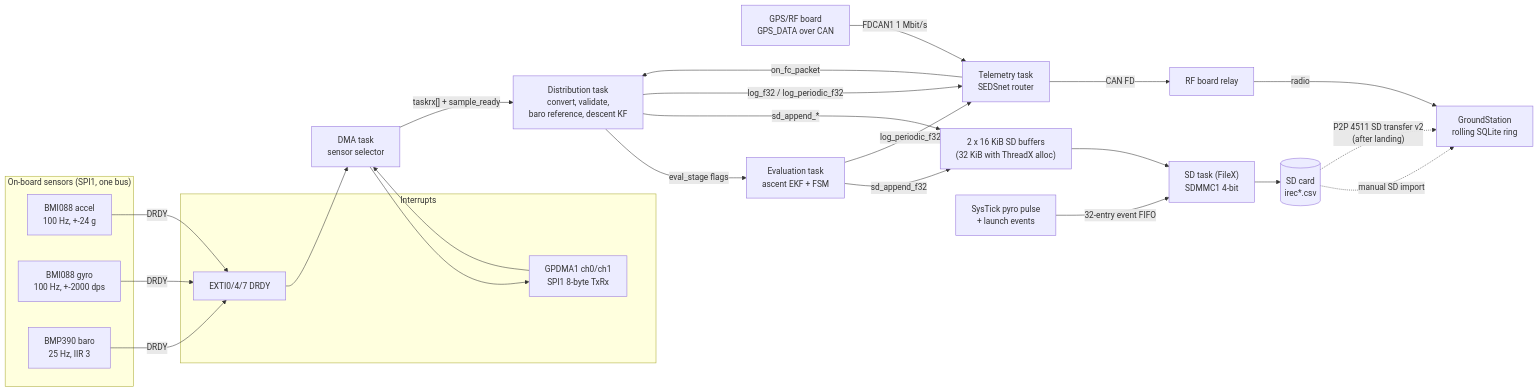
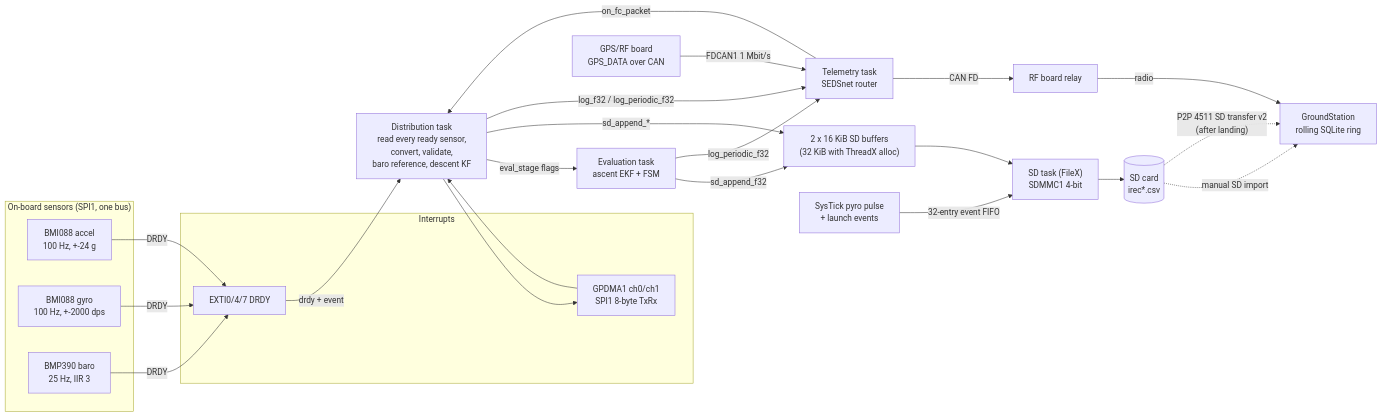
One commit to University-at-Buffalo-SEDS/FlightComputer26 changed the first of 3 diagrams in docs/data-pipeline.md. Above: the diagram before and after it, drawn with Mermaid. The commit also changed other lines of this file and 6 other files, not shown here.

````diff
--- a/docs/data-pipeline.md
+++ b/docs/data-pipeline.md
@@ -16,29 +16,28 @@
 ```mermaid
 flowchart LR
   subgraph Sensors["On-board sensors (SPI1, one bus)"]
     ACC["BMI088 accel<br/>100 Hz, +-24 g"]
     GYR["BMI088 gyro<br/>100 Hz, +-2000 dps"]
     BAR["BMP390 baro<br/>25 Hz, IIR 3"]
   end
   GPSB["GPS/RF board<br/>GPS_DATA over CAN"]
   subgraph ISR["Interrupts"]
     EXTI["EXTI0/4/7 DRDY"]
     DMA["GPDMA1 ch0/ch1<br/>SPI1 8-byte TxRx"]
   end
   ACC & GYR & BAR -- DRDY --> EXTI
-  EXTI --> DMAT["DMA task<br/>sensor selector"]
-  DMAT --> DMA --> DMAT
-  DMAT -- "taskrx[] + sample_ready" --> DIST["Distribution task<br/>convert, validate,<br/>baro reference, descent KF"]
+  EXTI -- "drdy + event" --> DIST["Distribution task<br/>read every ready sensor,<br/>convert, validate,<br/>baro reference, descent KF"]
+  DIST --> DMA --> DIST
   GPSB -- "FDCAN1 1 Mbit/s" --> TLM["Telemetry task<br/>SEDSnet router"]
   TLM -- "on_fc_packet" --> DIST
   DIST -- "eval_stage flags" --> EVAL["Evaluation task<br/>ascent EKF + FSM"]
   DIST -- "sd_append_*" --> SDB["2 x 16 KiB SD buffers<br/>(32 KiB with ThreadX alloc)"]
   EVAL -- "sd_append_f32" --> SDB
   PYRO["SysTick pyro pulse<br/>+ launch events"] -- "32-entry event FIFO" --> SDT
   SDB --> SDT["SD task (FileX)<br/>SDMMC1 4-bit"] --> CARD[("SD card<br/>irec*.csv")]
   DIST -- "log_f32 / log_periodic_f32" --> TLM
   EVAL -- "log_periodic_f32" --> TLM
   TLM -- "CAN FD" --> RF["RF board relay"] -- radio --> GS["GroundStation<br/>rolling SQLite ring"]
   CARD -. "manual SD import" .-> GS
   CARD -. "P2P 4511 SD transfer v2<br/>(after landing)" .-> GS
 ```
````
